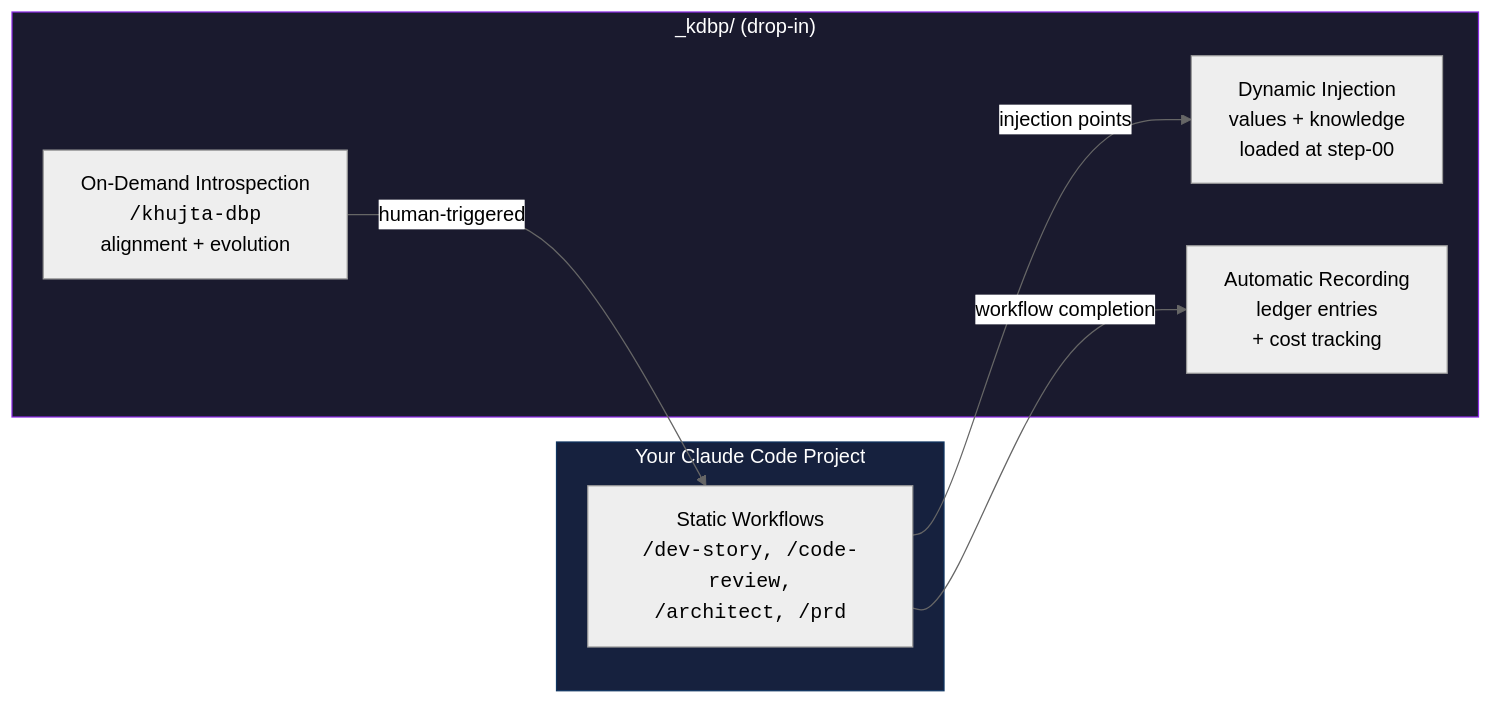
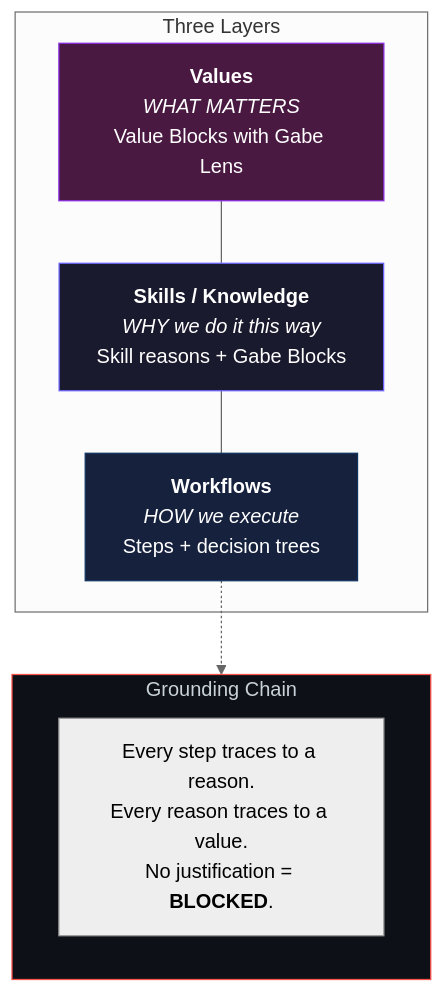
One commit to khujta/kdbp changed the first of 2 diagrams in README.md. Above: the diagram before and after it, drawn with Mermaid (neutral theme). The commit also changed other lines of this file, not shown here.

First line of the commit message:
README v2: reframe from memory to alignment — values, grounding chain, Type F errors

````diff
--- a/README.md
+++ b/README.md
@@ -34,19 +39,21 @@
 ```mermaid
-graph LR
-    subgraph Your_Project["Your Claude Code Project"]
-        A["Static Workflows<br/><code>/dev-story, /code-review,<br/>/architect, /prd</code>"]
+graph TB
+    subgraph Layers["Three Layers"]
+        V["<strong>Values</strong><br/><em>WHAT MATTERS</em><br/>Value Blocks with Gabe Lens"]
+        S["<strong>Skills / Knowledge</strong><br/><em>WHY we do it this way</em><br/>Skill reasons + Gabe Blocks"]
+        W["<strong>Workflows</strong><br/><em>HOW we execute</em><br/>Steps + decision trees"]
     end
 
-    subgraph KDBP["_kdbp/ (drop-in)"]
-        B["Dynamic Injection<br/>values + knowledge<br/>loaded at step-00"]
-        C["Automatic Recording<br/>ledger entries<br/>+ cost tracking"]
-        D["On-Demand Introspection<br/><code>/khujta-dbp</code><br/>alignment + evolution"]
+    V --- S --- W
+
+    subgraph Chain["Grounding Chain"]
+        GC["Every step traces to a reason.<br/>Every reason traces to a value.<br/>No justification = <strong>BLOCKED</strong>."]
     end
 
-    A -->|"injection points"| B
-    A -->|"workflow completion"| C
-    D -->|"human-triggered"| A
+    W -.-> Chain
 
-    style KDBP fill:#1a1a2e,stroke:#8A2BE2,color:#fff
-    style Your_Project fill:#16213e,stroke:#0f3460,color:#fff
+    style V fill:#4a1942,stroke:#8A2BE2,color:#fff
+    style S fill:#1a1a2e,stroke:#6C63FF,color:#fff
+    style W fill:#16213e,stroke:#0f3460,color:#fff
+    style Chain fill:#0d1117,stroke:#f85149,color:#c9d1d9
 ```
````
